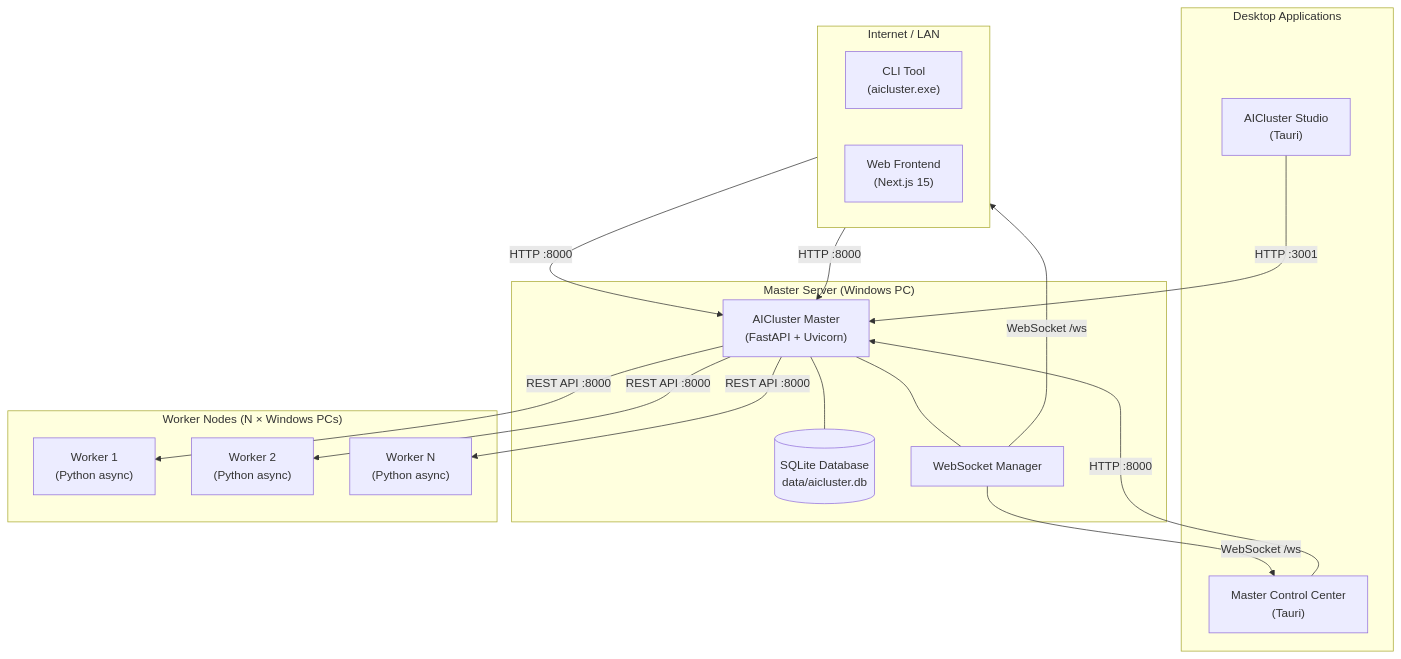
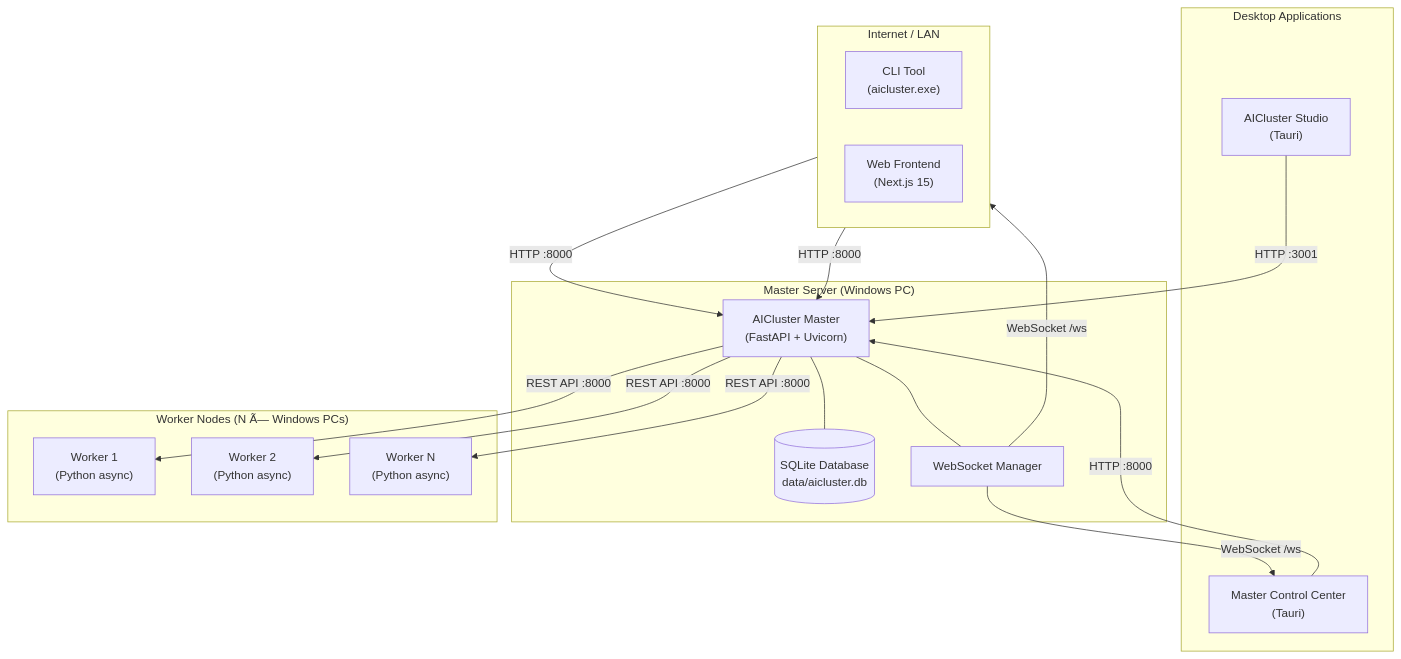
Before and after one commit to manojkumar12-maker/AICluster-Studio: the first of 12 diagrams in docs/Architecture/MERMAID_DIAGRAMS.md, drawn with Mermaid. The commit also changed other lines of this file and 133 other files, not shown here.

````diff
--- a/docs/Architecture/MERMAID_DIAGRAMS.md
+++ b/docs/Architecture/MERMAID_DIAGRAMS.md
@@ -28,37 +28,37 @@
 ```mermaid
 flowchart TD
     subgraph Internet["Internet / LAN"]
         direction LR
         CLI["CLI Tool\n(aicluster.exe)"]
         WEB["Web Frontend\n(Next.js 15)"]
     end
 
     subgraph DesktopApps["Desktop Applications"]
         MCC["Master Control Center\n(Tauri)"]
         STUDIO["AICluster Studio\n(Tauri)"]
     end
 
     subgraph ServerHost["Master Server (Windows PC)"]
         MASTER["AICluster Master\n(FastAPI + Uvicorn)"]
         DB[("SQLite Database\ndata/aicluster.db")]
         WS["WebSocket Manager"]
         MASTER --- DB
         MASTER --- WS
     end
 
-    subgraph WorkerNodes["Worker Nodes (N × Windows PCs)"]
+    subgraph WorkerNodes["Worker Nodes (N Ã— Windows PCs)"]
         W1["Worker 1\n(Python async)"]
         W2["Worker 2\n(Python async)"]
         WN["Worker N\n(Python async)"]
     end
 
     CLI -->|HTTP :8000| MASTER
     WEB -->|HTTP :8000| MASTER
     MCC -->|HTTP :8000| MASTER
     STUDIO -->|HTTP :3001| MASTER
     MASTER -->|REST API :8000| W1
     MASTER -->|REST API :8000| W2
     MASTER -->|REST API :8000| WN
     WS -->|WebSocket /ws| WEB
     WS -->|WebSocket /ws| MCC
 ```
````
